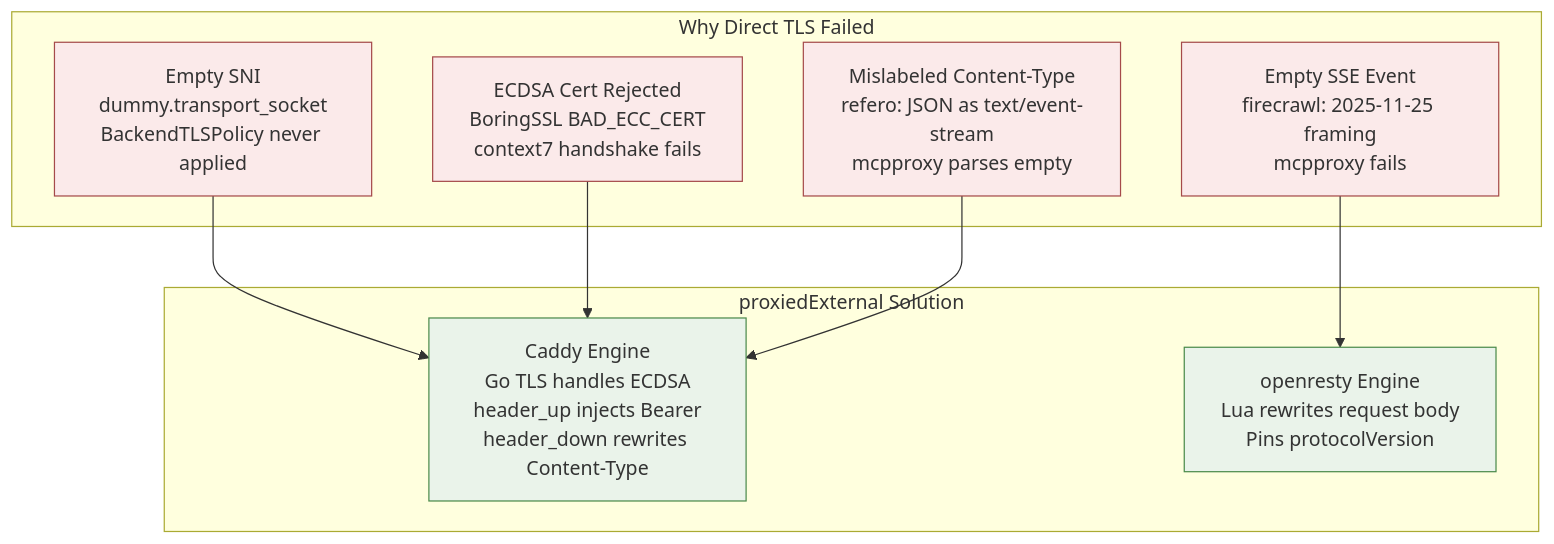
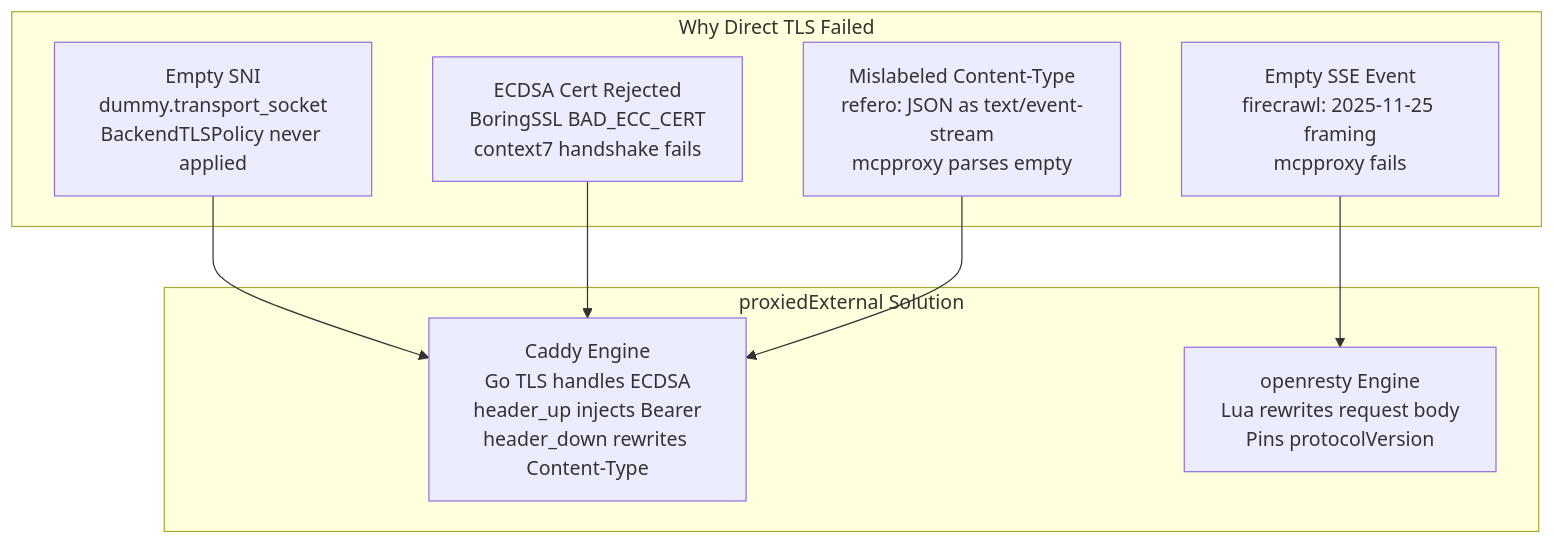
Before and after one commit to ADORSYS-GIS/ai-helm: the eighth of 11 diagrams in docs/mcp/01-envoy-mcp-research.md, drawn with Mermaid. The commit also changed other lines of this file and 13 other files, not shown here.

First line of the commit message:
docs(architecture): uncolor all mermaid; refresh CD/components; add diagrams

````diff
--- a/docs/mcp/01-envoy-mcp-research.md
+++ b/docs/mcp/01-envoy-mcp-research.md
@@ -463,24 +456,20 @@
 ```mermaid
 flowchart TB
     subgraph Problems["Why Direct TLS Failed"]
         P1["Empty SNI<br/>dummy.transport_socket<br/>BackendTLSPolicy never applied"]
         P2["ECDSA Cert Rejected<br/>BoringSSL BAD_ECC_CERT<br/>context7 handshake fails"]
         P3["Mislabeled Content-Type<br/>refero: JSON as text/event-stream<br/>mcpproxy parses empty"]
         P4["Empty SSE Event<br/>firecrawl: 2025-11-25 framing<br/>mcpproxy fails"]
     end
     
     subgraph Solution["proxiedExternal Solution"]
         CADDY["Caddy Engine<br/>Go TLS handles ECDSA<br/>header_up injects Bearer<br/>header_down rewrites Content-Type"]
         OPENRESTY["openresty Engine<br/>Lua rewrites request body<br/>Pins protocolVersion"]
     end
     
     P1 --> CADDY
     P2 --> CADDY
     P3 --> CADDY
     P4 --> OPENRESTY
     
-    classDef warn fill:#fbeaea,stroke:#a54a4a;
-    classDef own fill:#eaf3ea,stroke:#4a8a4a;
-    class P1,P2,P3,P4 warn;
-    class CADDY,OPENRESTY own;
 ```
````
